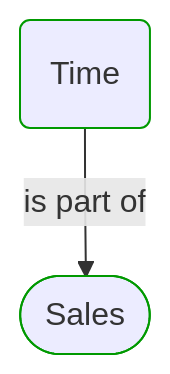
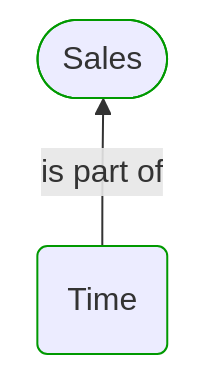
One commit to itlibrium/DDD-starter-dotnet changed the first of 5 diagrams in Docs/P3/MermaidOutput/Modules/Sales/Time/Time.md. Above: the diagram before and after it, drawn with Mermaid. The commit also changed other lines of this file and 174 other files, not shown here.

````diff
--- a/Docs/P3/MermaidOutput/Modules/Sales/Time/Time.md
+++ b/Docs/P3/MermaidOutput/Modules/Sales/Time/Time.md
@@ -20,11 +20,14 @@
 ```mermaid
   flowchart TB
-    0(Time)
+    0([Sales])
     class 0 DomainPerspective
-    1([Sales])
+    1(Time)
     class 1 DomainPerspective
-    0-->|is part of|1
+    0---1
+    1-->|is part of|0
+    1---0
+    linkStyle 0,2 stroke:none
     classDef DomainPerspective stroke:#009900
     classDef TechnologyPerspective stroke:#1F41EB
     classDef PeoplePerspective stroke:#FFF014
 ```
````
